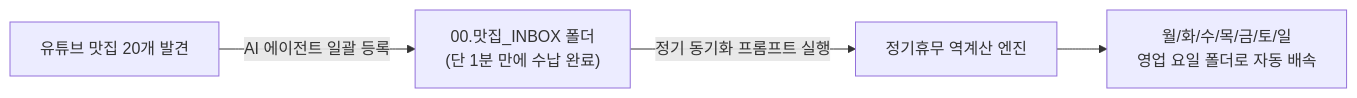
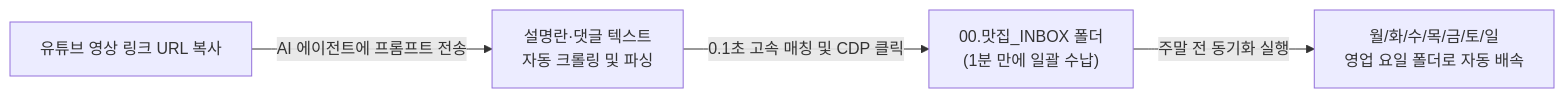
Before and after one commit to saramjh/saramjh.github.io: the diagram in _posts/youtube-restaurant-list-naver-map-save-guide/2026-10-02-youtube-restaurant-list-naver-map-save-guide.md, drawn with Mermaid. The commit also changed other lines of this file, not shown here.

Commit message:
feat: add YouTube URL-only auto extraction instruction and pipeline

````diff
--- a/_posts/youtube-restaurant-list-naver-map-save-guide/2026-10-02-youtube-restaurant-list-naver-map-save-guide.md
+++ b/_posts/youtube-restaurant-list-naver-map-save-guide/2026-10-02-youtube-restaurant-list-naver-map-save-guide.md
@@ -160,6 +177,6 @@
 ```mermaid
 flowchart LR
-    A["유튜브 맛집 20개 발견"] -->|AI 에이전트 일괄 등록| B["00.맛집_INBOX 폴더<br/>(단 1분 만에 수납 완료)"]
-    B -->|정기 동기화 프롬프트 실행| C["정기휴무 역계산 엔진"]
-    C --> D["월/화/수/목/금/토/일<br/>영업 요일 폴더로 자동 배속"]
+    A["유튜브 영상 링크 URL 복사"] -->|AI 에이전트에 프롬프트 전송| B["설명란·댓글 텍스트<br/>자동 크롤링 및 파싱"]
+    B -->|0.1초 고속 매칭 및 CDP 클릭| C["00.맛집_INBOX 폴더<br/>(1분 만에 일괄 수납)"]
+    C -->|주말 전 동기화 실행| D["월/화/수/목/금/토/일<br/>영업 요일 폴더로 자동 배속"]
 ```
````
